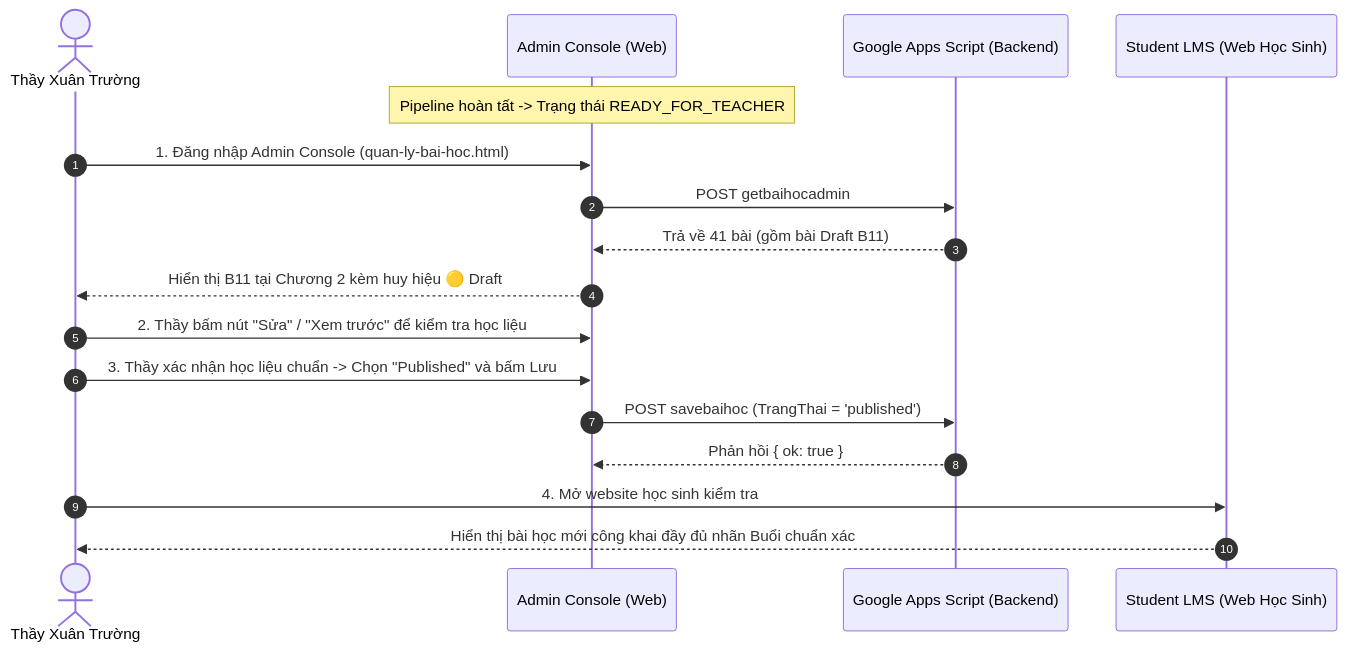
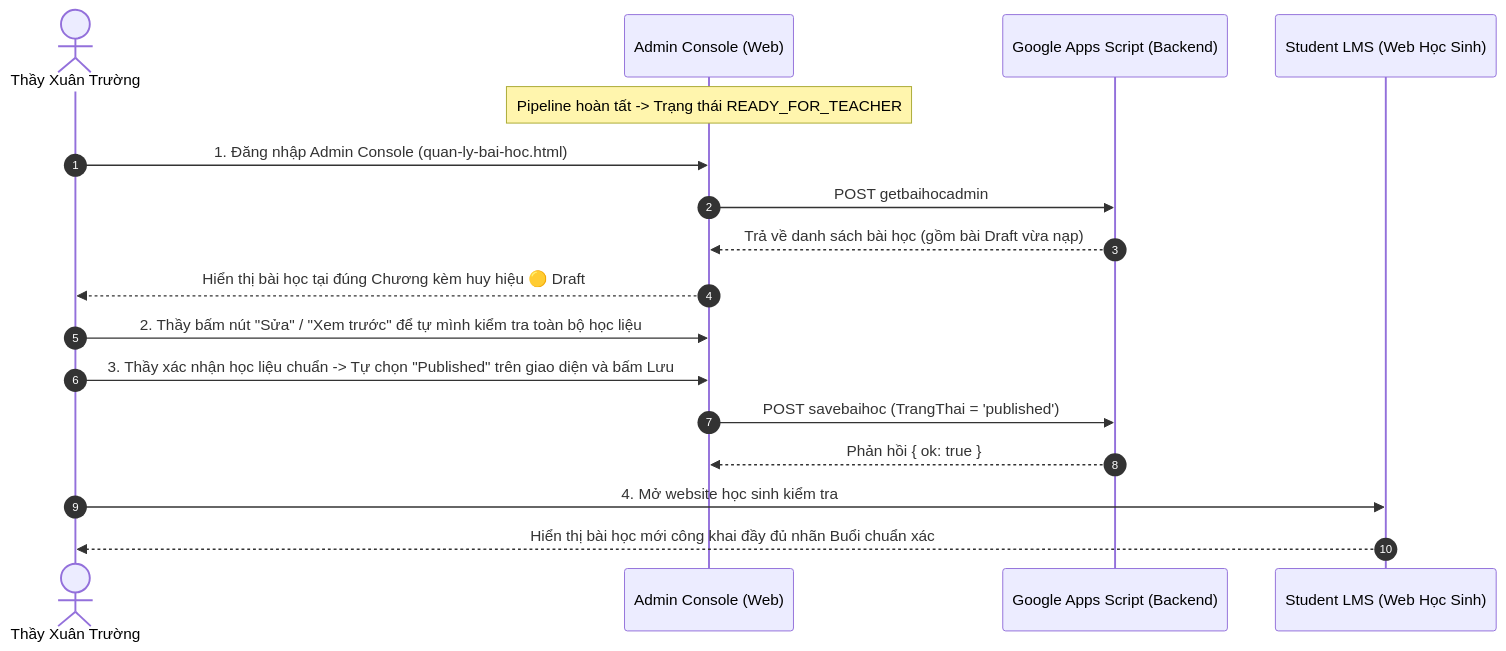
One commit to eduhost-vn204/edu-portal-lms changed the second of 2 diagrams in AUTO_PUBLISH_LESSON_SPEC.md. Above: the diagram before and after it, drawn with Mermaid. The commit also changed other lines of this file and 1 other file, not shown here.

Commit message:
docs: enforce fail-closed draft only, remove ai publish, and add b11 caution to auto-publish spec

````diff
--- a/AUTO_PUBLISH_LESSON_SPEC.md
+++ b/AUTO_PUBLISH_LESSON_SPEC.md
@@ -223,20 +229,20 @@
 ```mermaid
 sequenceDiagram
     autonumber
     actor T as Thầy Xuân Trường
     participant AC as Admin Console (Web)
     participant GAS as Google Apps Script (Backend)
     participant LMS as Student LMS (Web Học Sinh)
 
     Note over AC: Pipeline hoàn tất -> Trạng thái READY_FOR_TEACHER
     T->>AC: 1. Đăng nhập Admin Console (quan-ly-bai-hoc.html)
     AC->>GAS: POST getbaihocadmin
-    GAS-->>AC: Trả về 41 bài (gồm bài Draft B11)
-    AC-->>T: Hiển thị B11 tại Chương 2 kèm huy hiệu 🟡 Draft
-    T->>AC: 2. Thầy bấm nút "Sửa" / "Xem trước" để kiểm tra học liệu
-    T->>AC: 3. Thầy xác nhận học liệu chuẩn -> Chọn "Published" và bấm Lưu
+    GAS-->>AC: Trả về danh sách bài học (gồm bài Draft vừa nạp)
+    AC-->>T: Hiển thị bài học tại đúng Chương kèm huy hiệu 🟡 Draft
+    T->>AC: 2. Thầy bấm nút "Sửa" / "Xem trước" để tự mình kiểm tra toàn bộ học liệu
+    T->>AC: 3. Thầy xác nhận học liệu chuẩn -> Tự chọn "Published" trên giao diện và bấm Lưu
     AC->>GAS: POST savebaihoc (TrangThai = 'published')
     GAS-->>AC: Phản hồi { ok: true }
     T->>LMS: 4. Mở website học sinh kiểm tra
     LMS-->>T: Hiển thị bài học mới công khai đầy đủ nhãn Buổi chuẩn xác
 ```
````
